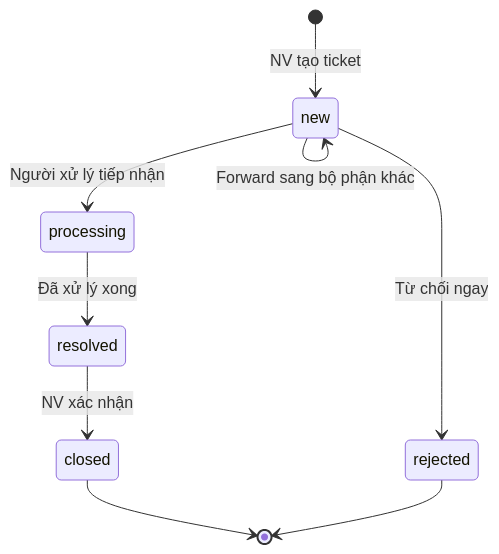
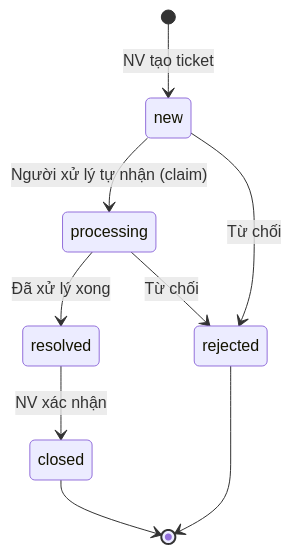
Before and after one commit to hohoangluan/Business_web_project: diagram 15 of 18 in walkthrough.md, drawn with Mermaid. The commit also changed other lines of this file and 5 other files, not shown here.

Commit message:
Thêm các file .md diagram

````diff
--- a/walkthrough.md
+++ b/walkthrough.md
@@ -887,11 +877,11 @@
 ```mermaid
 stateDiagram-v2
     [*] --> new : NV tạo ticket
-    new --> processing : Người xử lý tiếp nhận
-    new --> new : Forward sang bộ phận khác
+    new --> processing : Người xử lý tự nhận (claim)
     processing --> resolved : Đã xử lý xong
     resolved --> closed : NV xác nhận
-    new --> rejected : Từ chối ngay
+    new --> rejected : Từ chối
+    processing --> rejected : Từ chối
     closed --> [*]
     rejected --> [*]
 ```
````
